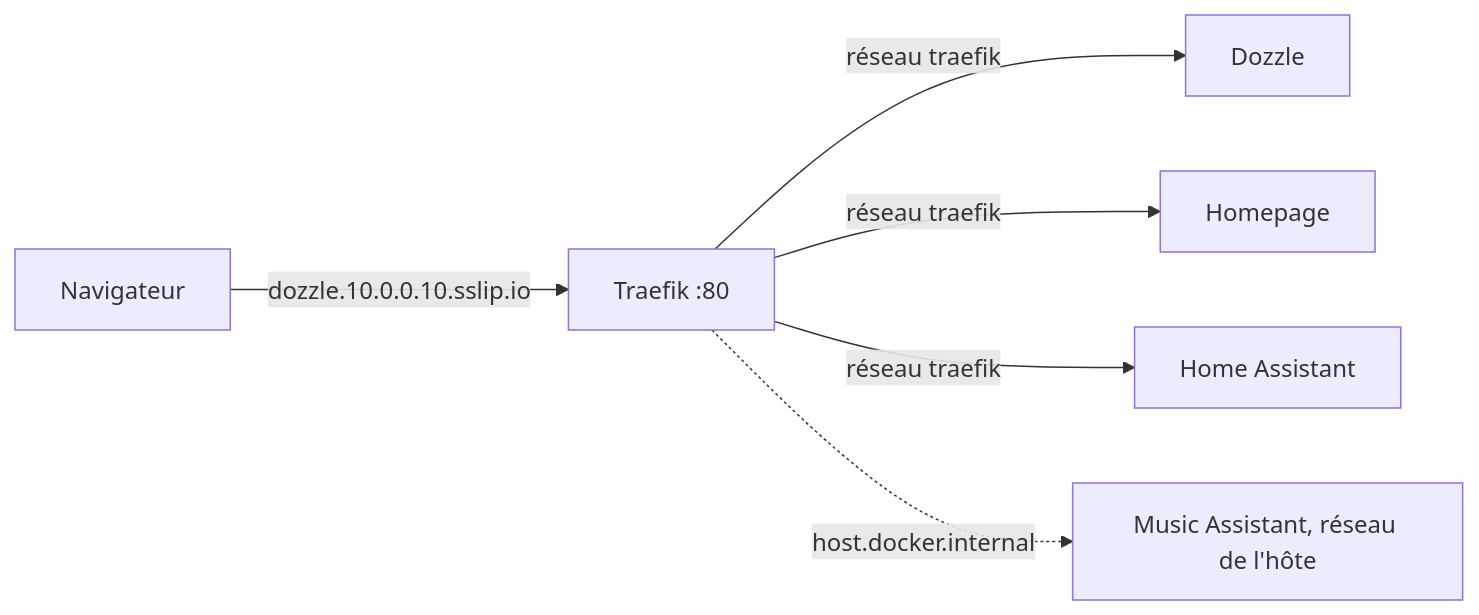
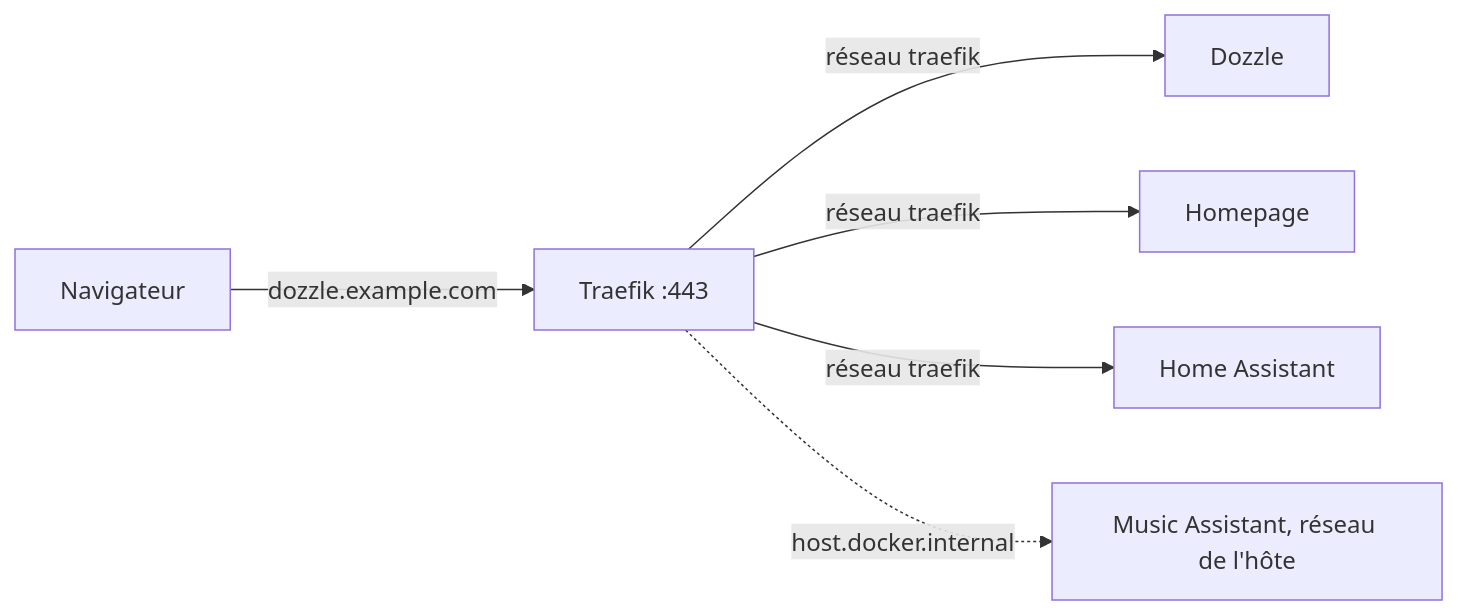
One commit to guillaumedelre/guillaumedelre.github.io changed the diagram in content/posts/2026-05-17-homelab-docker-compose-traefik.md. Above: the diagram before and after it, drawn with Mermaid. The commit also changed other lines of this file and 1 other file, not shown here.

Commit message:
feat(content): update the traefik and homelab posts for the domain move

```diff
--- a/content/posts/2026-05-17-homelab-docker-compose-traefik.md
+++ b/content/posts/2026-05-17-homelab-docker-compose-traefik.md
@@ -49,8 +49,8 @@
 {{< mermaid >}}
 flowchart LR
-  B[Navigateur] -->|dozzle.10.0.0.10.sslip.io| T[Traefik :80]
+  B[Navigateur] -->|dozzle.example.com| T[Traefik :443]
   T -->|réseau traefik| D[Dozzle]
   T -->|réseau traefik| H[Homepage]
   T -->|réseau traefik| A[Home Assistant]
   T -.->|host.docker.internal| M[Music Assistant, réseau de l'hôte]
 {{< /mermaid >}}
```
